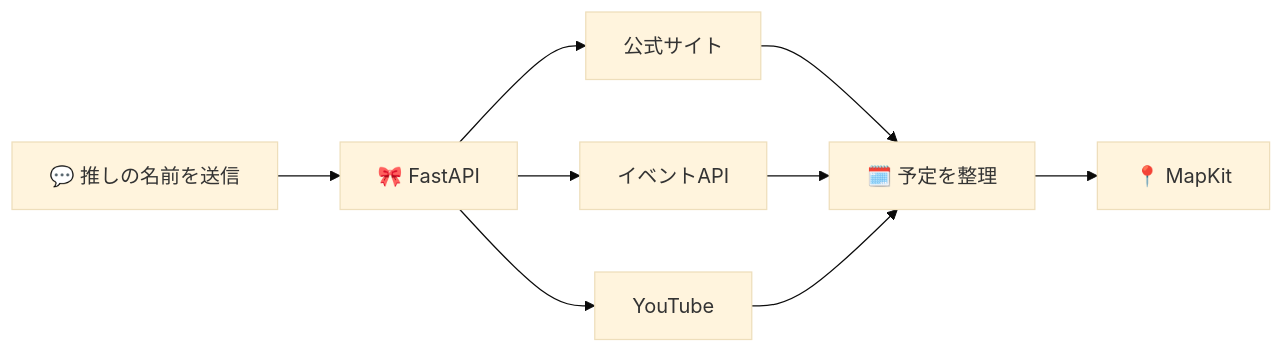
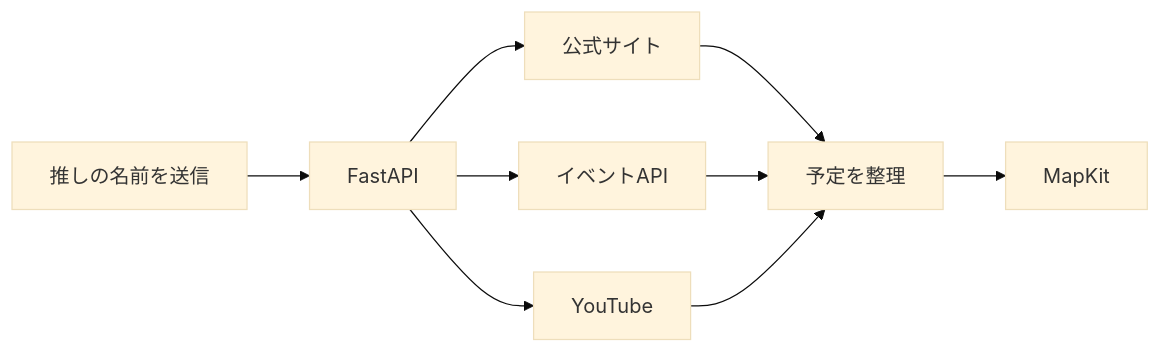
The diagram in README.md (Uipt4649/TestApp_New), drawn with Mermaid (base theme) before and after one commit. The commit also changed other lines of this file, not shown here.

````diff
--- a/README.md
+++ b/README.md
@@ -77,11 +77,11 @@
 ```mermaid
 flowchart LR
-    A["💬 推しの名前を送信"] --> B["🎀 FastAPI"]
+    A["推しの名前を送信"] --> B["FastAPI"]
     B --> C["公式サイト"]
     B --> D["イベントAPI"]
     B --> E["YouTube"]
-    C --> F["🗓️ 予定を整理"]
+    C --> F["予定を整理"]
     D --> F
     E --> F
-    F --> G["📍 MapKit"]
+    F --> G["MapKit"]
 ```
````
